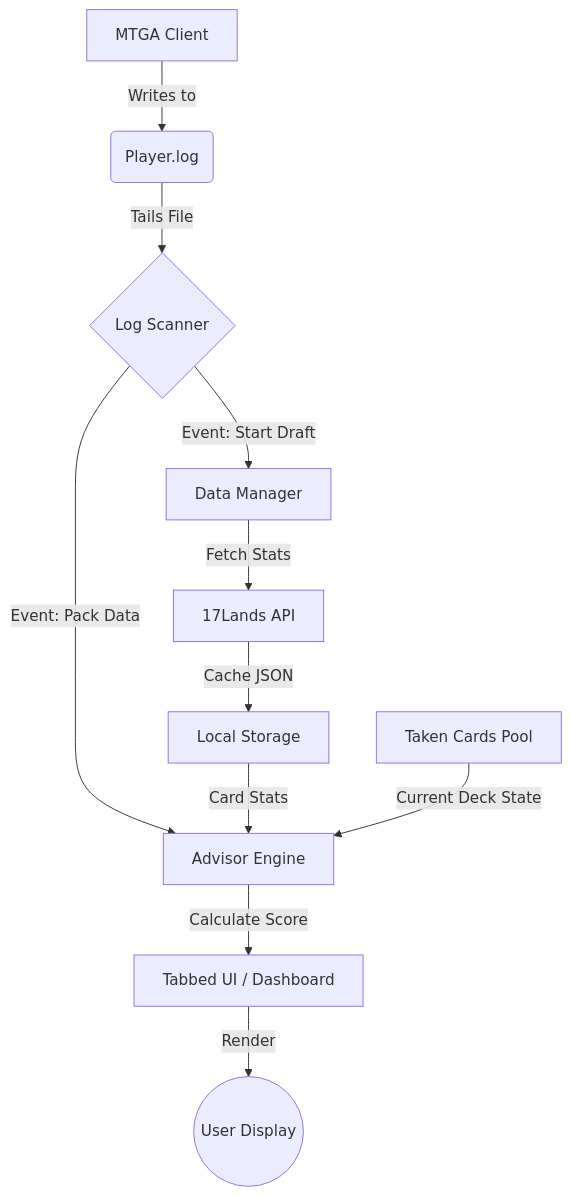
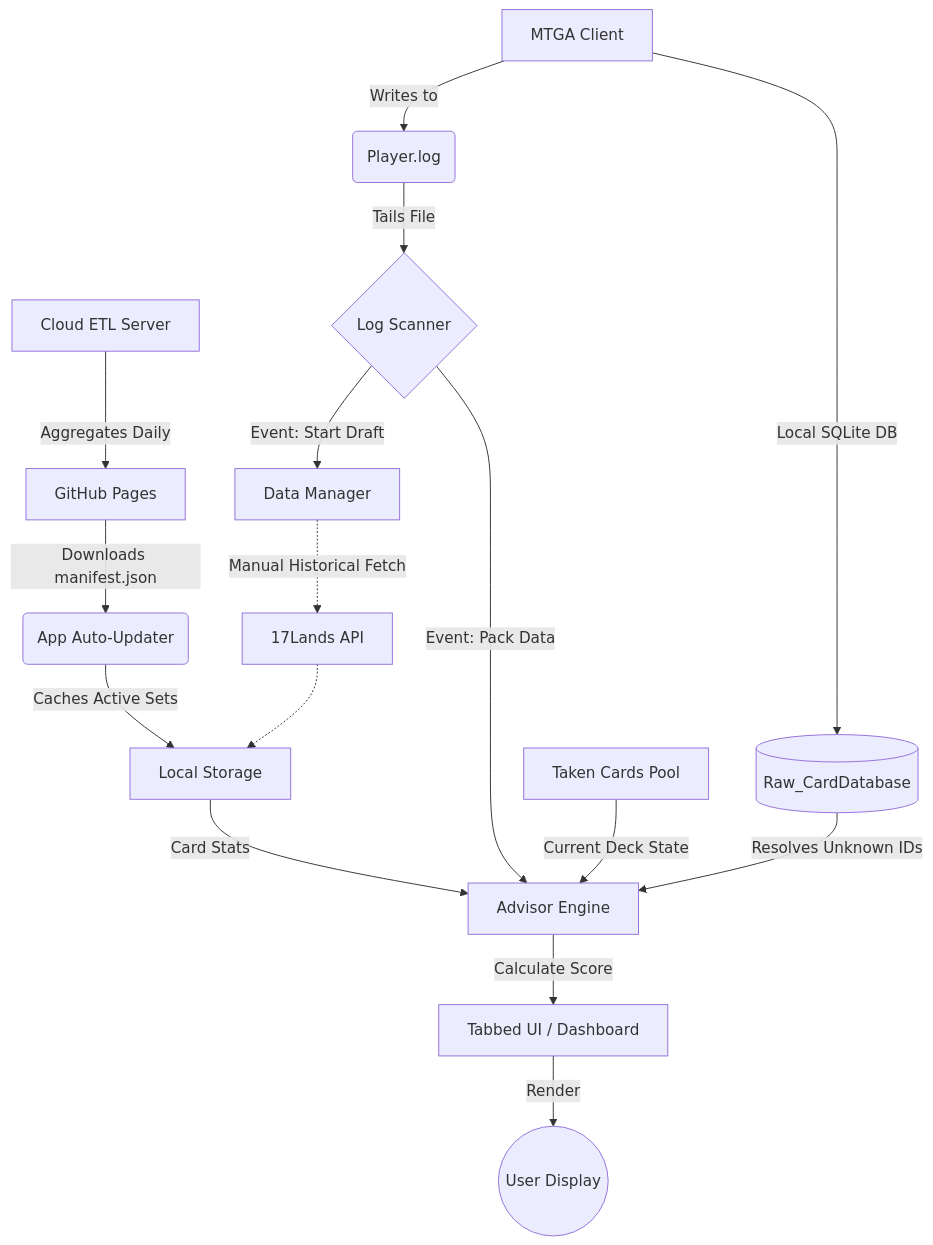
One commit to unrealities/MTGA_Draft_17Lands changed the diagram in docs/00-system-overview.md. Above: the diagram before and after it, drawn with Mermaid. The commit also changed 5 other files, not shown here.

````diff
--- a/docs/00-system-overview.md
+++ b/docs/00-system-overview.md
@@ -13,17 +13,27 @@
 ```mermaid
 graph TD
+    %% Cloud ETL Pipeline
+    Z[Cloud ETL Server] -->|Aggregates Daily| Y[GitHub Pages]
+    Y -->|Downloads manifest.json| X(App Auto-Updater)
+
+    %% Local App Flow
     A[MTGA Client] -->|Writes to| B(Player.log)
+    A -->|Local SQLite DB| DB[(Raw_CardDatabase)]
     B -->|Tails File| C{Log Scanner}
 
     C -->|Event: Start Draft| D[Data Manager]
-    D -->|Fetch Stats| E[17Lands API]
-    E -->|Cache JSON| F[Local Storage]
+    X -->|Caches Active Sets| F[Local Storage]
+
+    %% The Fallback
+    D -.->|Manual Historical Fetch| E[17Lands API]
+    E -.-> F
 
     C -->|Event: Pack Data| G[Advisor Engine]
     F -->|Card Stats| G
+    DB -->|Resolves Unknown IDs| G
 
     H[Taken Cards Pool] -->|Current Deck State| G
 
     G -->|Calculate Score| I[Tabbed UI / Dashboard]
     I -->|Render| J((User Display))
 ```
````
